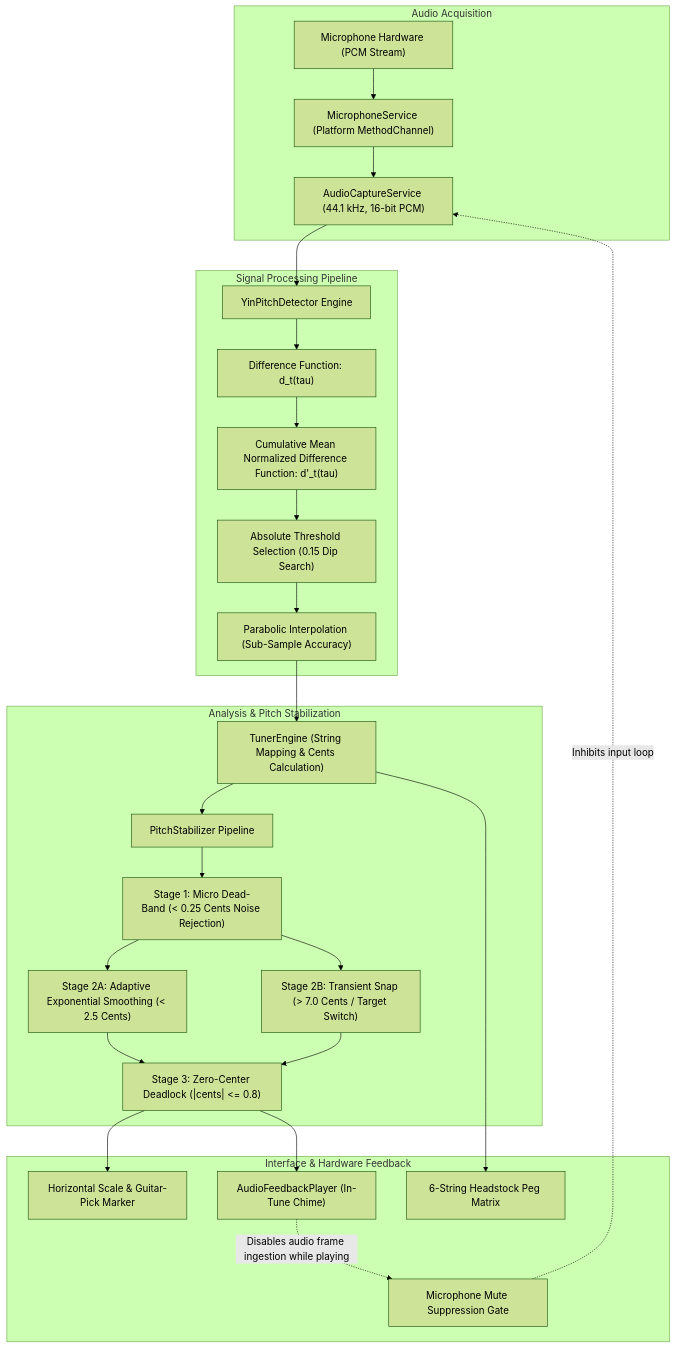
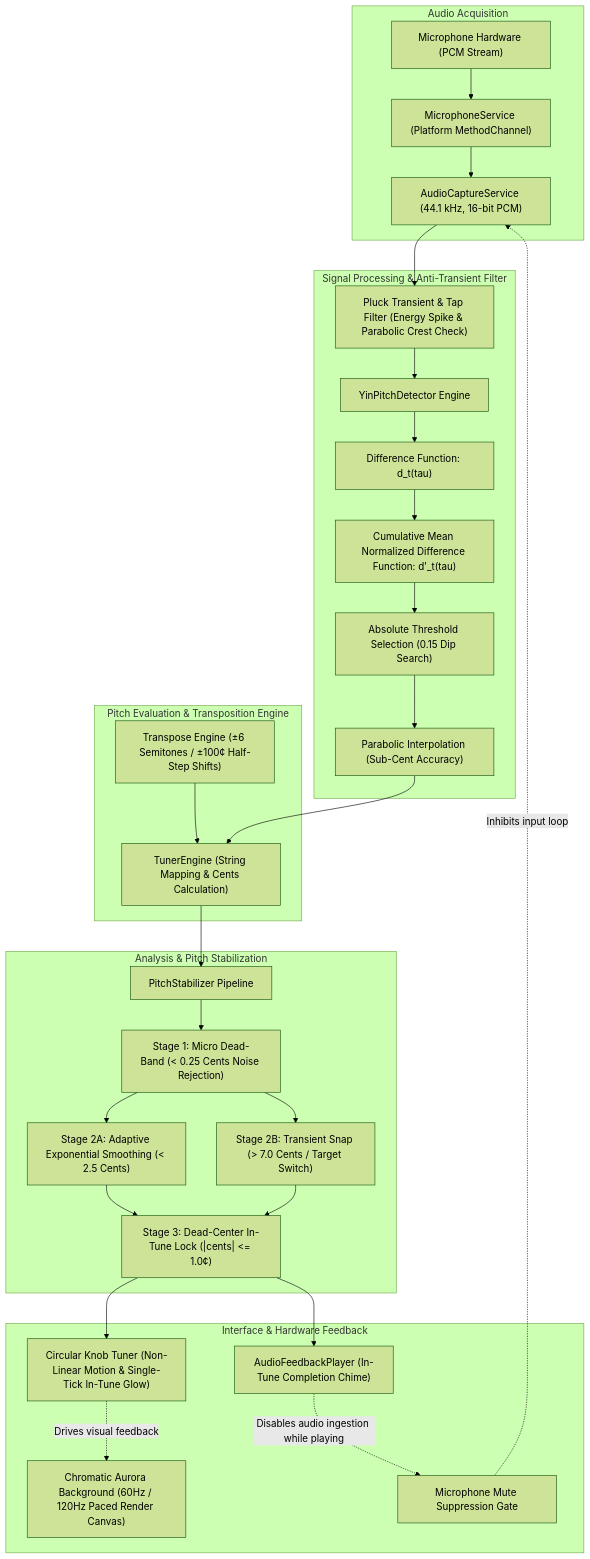
Before and after one commit to Basudev07/resohertz: the diagram in README.md, drawn with Mermaid (forest theme). The commit also changed other lines of this file, not shown here.

Commit message:
docs: Update README with precision dead-center detection, half-step transpose, 120Hz optimization, and updated architecture

````diff
--- a/README.md
+++ b/README.md
@@ -24,50 +25,56 @@
 ```mermaid
 graph TD
     subgraph Audio Acquisition
         MIC["Microphone Hardware (PCM Stream)"]
         SVC["MicrophoneService (Platform MethodChannel)"]
         CAP["AudioCaptureService (44.1 kHz, 16-bit PCM)"]
         MIC --> SVC --> CAP
     end
 
-    subgraph Signal Processing Pipeline
+    subgraph Signal Processing & Anti-Transient Filter
         YIN["YinPitchDetector Engine"]
+        NOISE["Pluck Transient & Tap Filter (Energy Spike & Parabolic Crest Check)"]
         DIFF["Difference Function: d_t(tau)"]
         CMNDF["Cumulative Mean Normalized Difference Function: d'_t(tau)"]
         THRESH["Absolute Threshold Selection (0.15 Dip Search)"]
-        INTERP["Parabolic Interpolation (Sub-Sample Accuracy)"]
+        INTERP["Parabolic Interpolation (Sub-Cent Accuracy)"]
 
-        CAP --> YIN
+        CAP --> NOISE --> YIN
         YIN --> DIFF --> CMNDF --> THRESH --> INTERP
     end
 
+    subgraph Pitch Evaluation & Transposition Engine
+        XPOSE["Transpose Engine (±6 Semitones / ±100¢ Half-Step Shifts)"]
+        ENG["TunerEngine (String Mapping & Cents Calculation)"]
+        XPOSE --> ENG
+        INTERP --> ENG
+    end
+
     subgraph Analysis & Pitch Stabilization
-        ENG["TunerEngine (String Mapping & Cents Calculation)"]
         STAB["PitchStabilizer Pipeline"]
         DEAD["Stage 1: Micro Dead-Band (< 0.25 Cents Noise Rejection)"]
         SMOOTH["Stage 2A: Adaptive Exponential Smoothing (< 2.5 Cents)"]
         SNAP["Stage 2B: Transient Snap (> 7.0 Cents / Target Switch)"]
-        LOCK["Stage 3: Zero-Center Deadlock (|cents| <= 0.8)"]
+        LOCK["Stage 3: Dead-Center In-Tune Lock (|cents| <= 1.0¢)"]
 
-        INTERP --> ENG
         ENG --> STAB
         STAB --> DEAD
         DEAD --> SMOOTH
         DEAD --> SNAP
         SMOOTH --> LOCK
         SNAP --> LOCK
     end
 
     subgraph Interface & Hardware Feedback
-        SCALE["Horizontal Scale & Guitar-Pick Marker"]
-        HEAD["6-String Headstock Peg Matrix"]
-        CHIME["AudioFeedbackPlayer (In-Tune Chime)"]
+        KNOB["Circular Knob Tuner (Non-Linear Motion & Single-Tick In-Tune Glow)"]
+        AURORA["Chromatic Aurora Background (60Hz / 120Hz Paced Render Canvas)"]
+        CHIME["AudioFeedbackPlayer (In-Tune Completion Chime)"]
         SUPPR["Microphone Mute Suppression Gate"]
 
-        LOCK --> SCALE
-        ENG --> HEAD
+        LOCK --> KNOB
+        KNOB -. Drives visual feedback .-> AURORA
         LOCK --> CHIME
-        CHIME -. Disables audio frame ingestion while playing .-> SUPPR
+        CHIME -. Disables audio ingestion while playing .-> SUPPR
         SUPPR -. Inhibits input loop .-> CAP
     end
 ```
````
